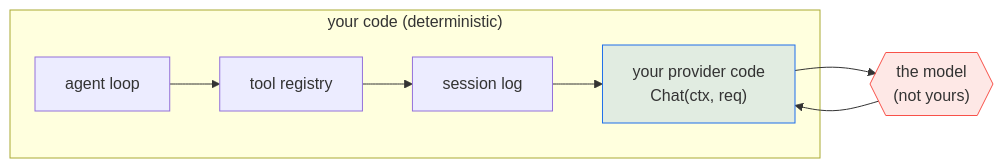
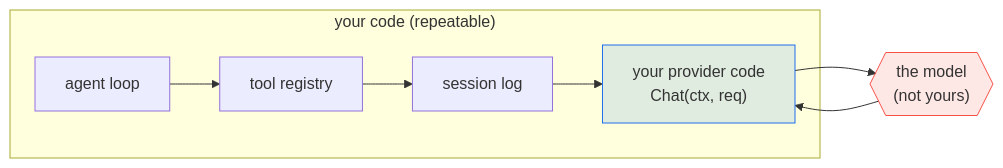
One commit to theakhandpatel/kata changed the first of 2 diagrams in chapters/01-chat-with-the-model/overview.md. Above: the diagram before and after it, drawn with Mermaid. The commit also changed other lines of this file and 13 other files, not shown here.

````diff
--- a/chapters/01-chat-with-the-model/overview.md
+++ b/chapters/01-chat-with-the-model/overview.md
@@ -22,13 +22,13 @@
 ```mermaid
 flowchart LR
-    subgraph yours["your code (deterministic)"]
+    subgraph yours["your code (repeatable)"]
         L[agent loop] --> T[tool registry]
         T --> S[session log]
         S --> P
     end
     P["your provider code<br/>Chat(ctx, req)"] --> M{{"the model<br/>(not yours)"}}
     M --> P
 
     style P fill:#1f6feb22,stroke:#1f6feb
     style M fill:#f8514922,stroke:#f85149
 ```
````
